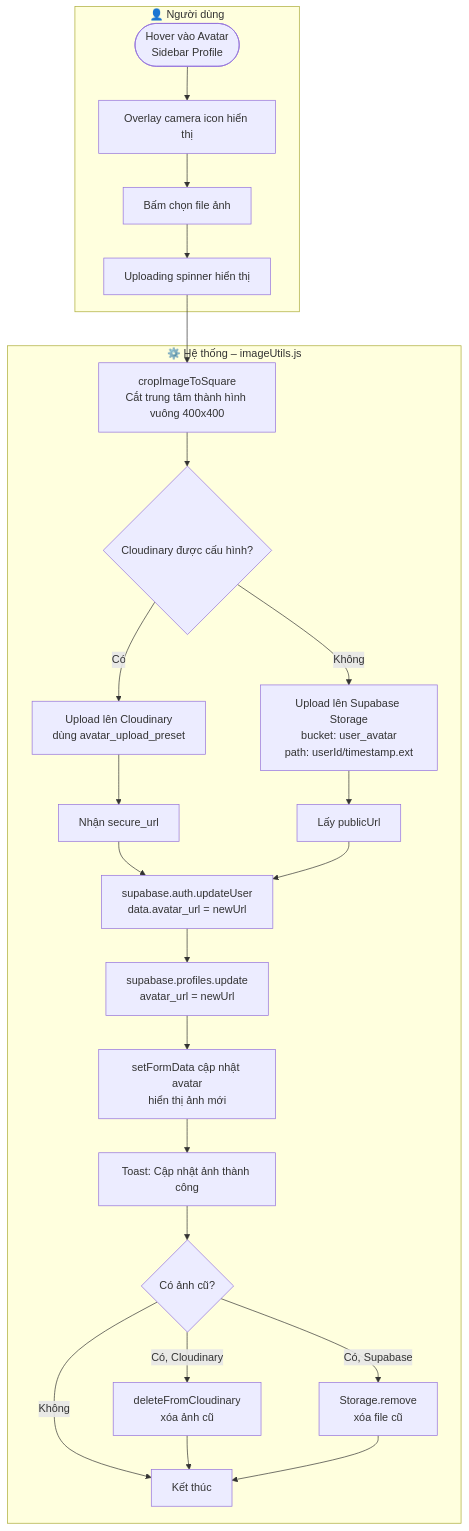
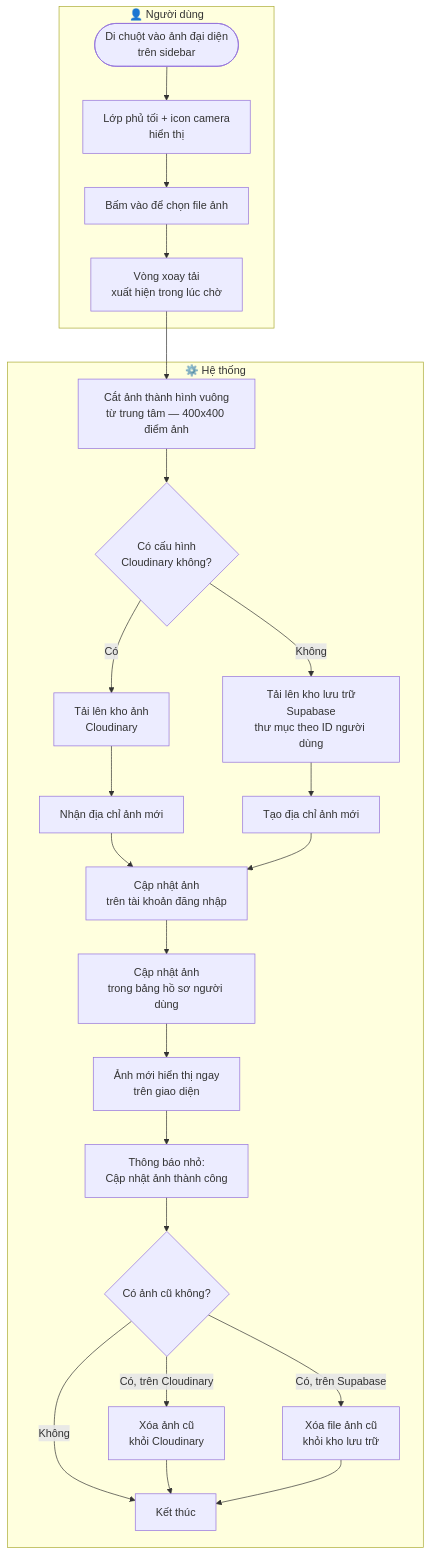
One commit to natelyt12/trotot changed the third of 8 diagrams in prj_workflows/05_profile_workflow.md. Above: the diagram before and after it, drawn with Mermaid. The commit also changed other lines of this file and 5 other files, not shown here.

````diff
--- a/prj_workflows/05_profile_workflow.md
+++ b/prj_workflows/05_profile_workflow.md
@@ -67,26 +65,26 @@
 ```mermaid
 flowchart TD
     subgraph USER["👤 Người dùng"]
-        A([Hover vào Avatar\nSidebar Profile]) --> B[Overlay camera icon hiển thị]
-        B --> C[Bấm chọn file ảnh]
-        C --> D[Uploading spinner hiển thị]
+        A([Di chuột vào ảnh đại diện\ntrên sidebar]) --> B[Lớp phủ tối + icon camera\nhiển thị]
+        B --> C[Bấm vào để chọn file ảnh]
+        C --> D[Vòng xoay tải\nxuất hiện trong lúc chờ]
     end
 
-    subgraph SYSTEM["⚙️ Hệ thống – imageUtils.js"]
-        D --> E[cropImageToSquare\nCắt trung tâm thành hình vuông 400x400]
-        E --> F{Cloudinary được cấu hình?}
-        F -- Có --> G[Upload lên Cloudinary\ndùng avatar_upload_preset]
-        F -- Không --> H[Upload lên Supabase Storage\nbucket: user_avatar\npath: userId/timestamp.ext]
-        G --> I[Nhận secure_url]
-        H --> J[Lấy publicUrl]
-        I & J --> K[supabase.auth.updateUser\ndata.avatar_url = newUrl]
-        K --> L[supabase.profiles.update\navatar_url = newUrl]
-        L --> M[setFormData cập nhật avatar\nhiển thị ảnh mới]
-        M --> N[Toast: Cập nhật ảnh thành công]
-        N --> O{Có ảnh cũ?}
-        O -- Có, Cloudinary --> P[deleteFromCloudinary\nxóa ảnh cũ]
-        O -- Có, Supabase --> Q[Storage.remove\nxóa file cũ]
+    subgraph SYSTEM["⚙️ Hệ thống"]
+        D --> E[Cắt ảnh thành hình vuông\ntừ trung tâm — 400x400 điểm ảnh]
+        E --> F{Có cấu hình\nCloudinary không?}
+        F -- Có --> G[Tải lên kho ảnh\nCloudinary]
+        F -- Không --> H[Tải lên kho lưu trữ\nSupabase\nthư mục theo ID người dùng]
+        G --> I[Nhận địa chỉ ảnh mới]
+        H --> J[Tạo địa chỉ ảnh mới]
+        I & J --> K[Cập nhật ảnh\ntrên tài khoản đăng nhập]
+        K --> L[Cập nhật ảnh\ntrong bảng hồ sơ người dùng]
+        L --> M[Ảnh mới hiển thị ngay\ntrên giao diện]
+        M --> N[Thông báo nhỏ:\nCập nhật ảnh thành công]
+        N --> O{Có ảnh cũ không?}
+        O -- Có, trên Cloudinary --> P[Xóa ảnh cũ\nkhỏi Cloudinary]
+        O -- Có, trên Supabase --> Q[Xóa file ảnh cũ\nkhỏi kho lưu trữ]
         O -- Không --> R[Kết thúc]
         P & Q --> R
     end
 ```
````
